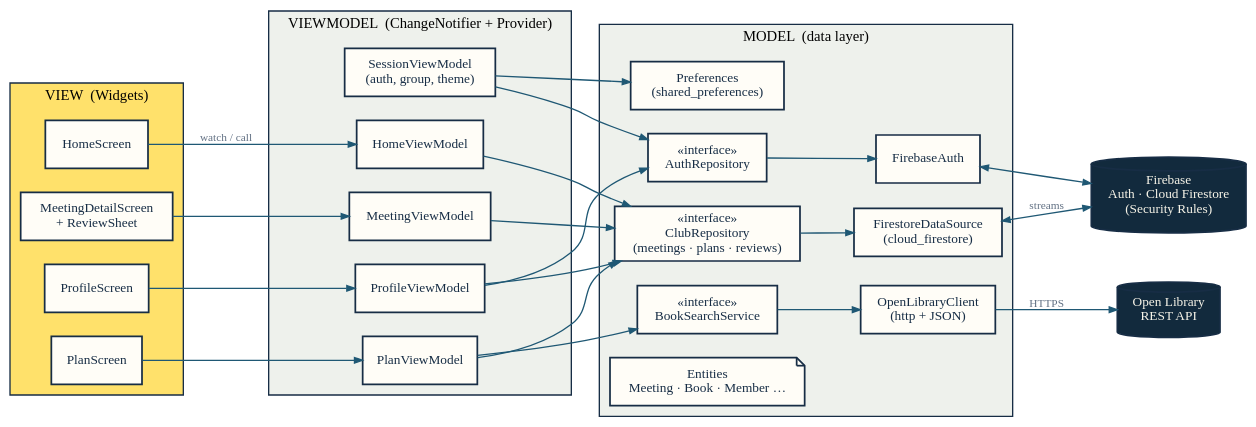
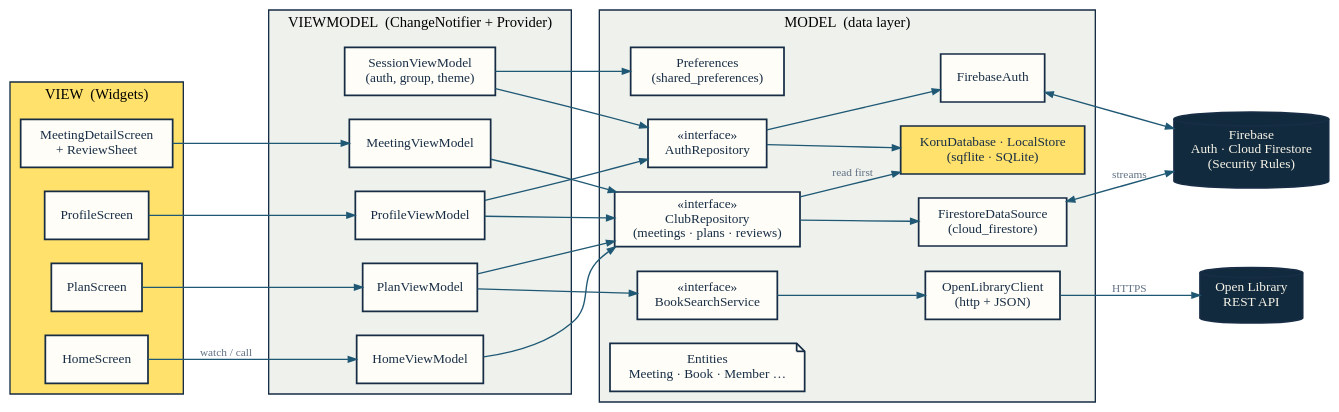
Before and after one commit to muhammetkeremaydin/koru-mobile-app: the diagram in docs/src/mvvm.dot, drawn with Graphviz. The commit also changed 5 other files, not shown here.

Commit message:
docs: add local SQLite database design (accounts, favorites, meeting history)

```diff
--- a/docs/src/mvvm.dot
+++ b/docs/src/mvvm.dot
@@ -1,18 +1,18 @@
 digraph mvvm {
   graph [rankdir=LR, bgcolor="transparent", nodesep=0.25, ranksep=0.5, fontname="Bricolage Grotesque"];
   node [shape=box, fontname="Literata", fontsize=10, color="#172d45", fontcolor="#172d45", penwidth=1.3, style=filled, fillcolor="#fffdf7"];
   edge [fontname="Literata", fontsize=8.5, color="#1f5874", fontcolor="#617083", arrowsize=0.6];
   subgraph cluster_v { label="VIEW  (Widgets)"; style="filled"; fillcolor="#ffe16b"; color="#172d45"; fontsize=11;
     v1 [label="HomeScreen"]; v2 [label="MeetingDetailScreen\n+ ReviewSheet"]; v3 [label="PlanScreen"]; v4 [label="ProfileScreen"]; }
   subgraph cluster_vm { label="VIEWMODEL  (ChangeNotifier + Provider)"; style="filled"; fillcolor="#eef1ec"; color="#172d45"; fontsize=11;
     m0 [label="SessionViewModel\n(auth, group, theme)"]; m1 [label="HomeViewModel"]; m2 [label="MeetingViewModel"]; m3 [label="PlanViewModel"]; m4 [label="ProfileViewModel"]; }
   subgraph cluster_m { label="MODEL  (data layer)"; style="filled"; fillcolor="#eef1ec"; color="#172d45"; fontsize=11;
     r1 [label="«interface»\nAuthRepository"]; r2 [label="«interface»\nClubRepository\n(meetings · plans · reviews)"]; r3 [label="«interface»\nBookSearchService"];
-    fs [label="FirestoreDataSource\n(cloud_firestore)"]; au [label="FirebaseAuth"]; ol [label="OpenLibraryClient\n(http + JSON)"]; pref [label="Preferences\n(shared_preferences)"]; ent [label="Entities\nMeeting · Book · Member …", shape=note]; }
+    fs [label="FirestoreDataSource\n(cloud_firestore)"]; au [label="FirebaseAuth"]; ol [label="OpenLibraryClient\n(http + JSON)"]; pref [label="Preferences\n(shared_preferences)"]; db [label="KoruDatabase · LocalStore\n(sqflite · SQLite)", fillcolor="#ffe16b"]; ent [label="Entities\nMeeting · Book · Member …", shape=note]; }
   fb [label="Firebase\nAuth · Cloud Firestore\n(Security Rules)", shape=cylinder, fillcolor="#122a3d", fontcolor="#f8f5e9"];
   olapi [label="Open Library\nREST API", shape=cylinder, fillcolor="#122a3d", fontcolor="#f8f5e9"];
   v1 -> m1 [label="watch / call"]; v2 -> m2; v3 -> m3; v4 -> m4;
   m1 -> r2; m2 -> r2; m3 -> r2; m3 -> r3; m4 -> r1; m4 -> r2; m0 -> r1; m0 -> pref;
-  r1 -> au; r2 -> fs; r3 -> ol;
+  r1 -> au; r1 -> db; r2 -> fs; r2 -> db [label="read first"]; r3 -> ol;
   au -> fb [dir=both]; fs -> fb [dir=both, label="streams"]; ol -> olapi [label="HTTPS"];
 }
```
